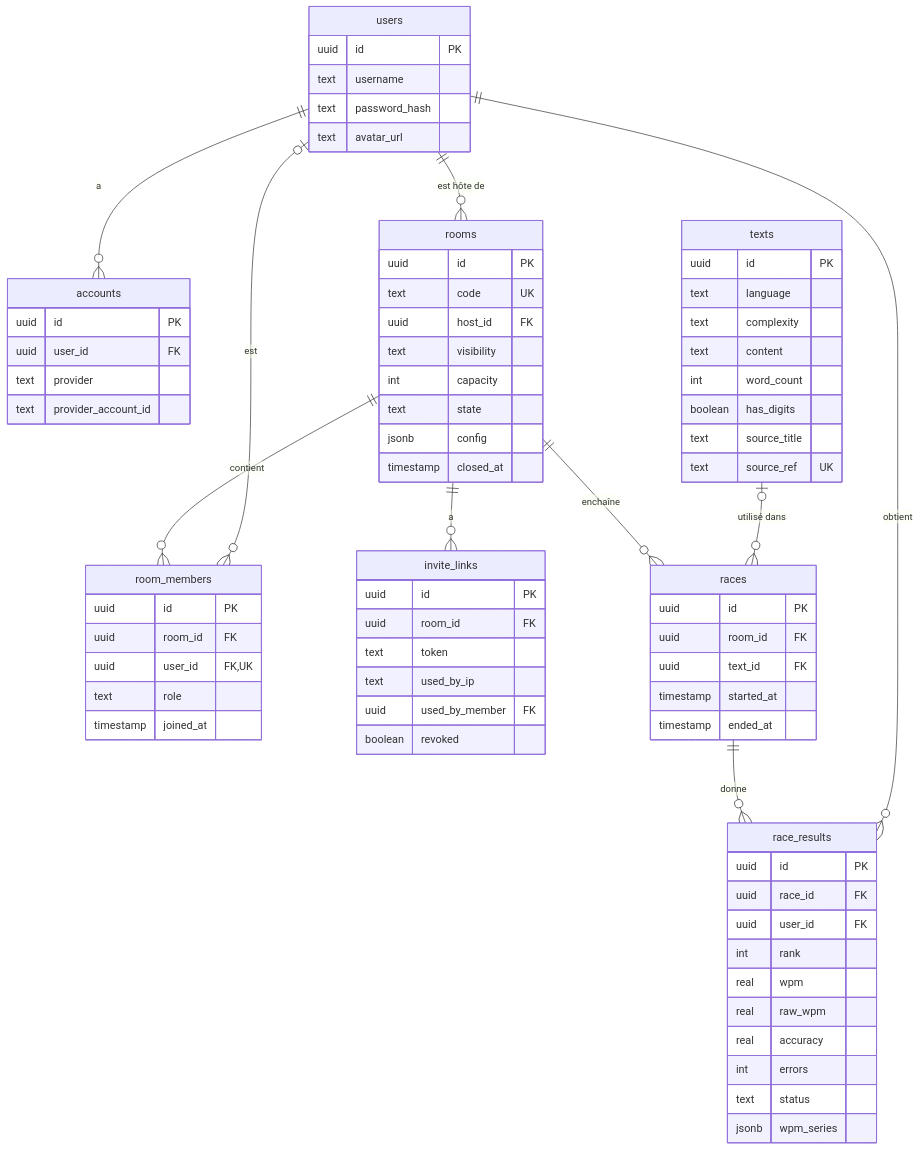
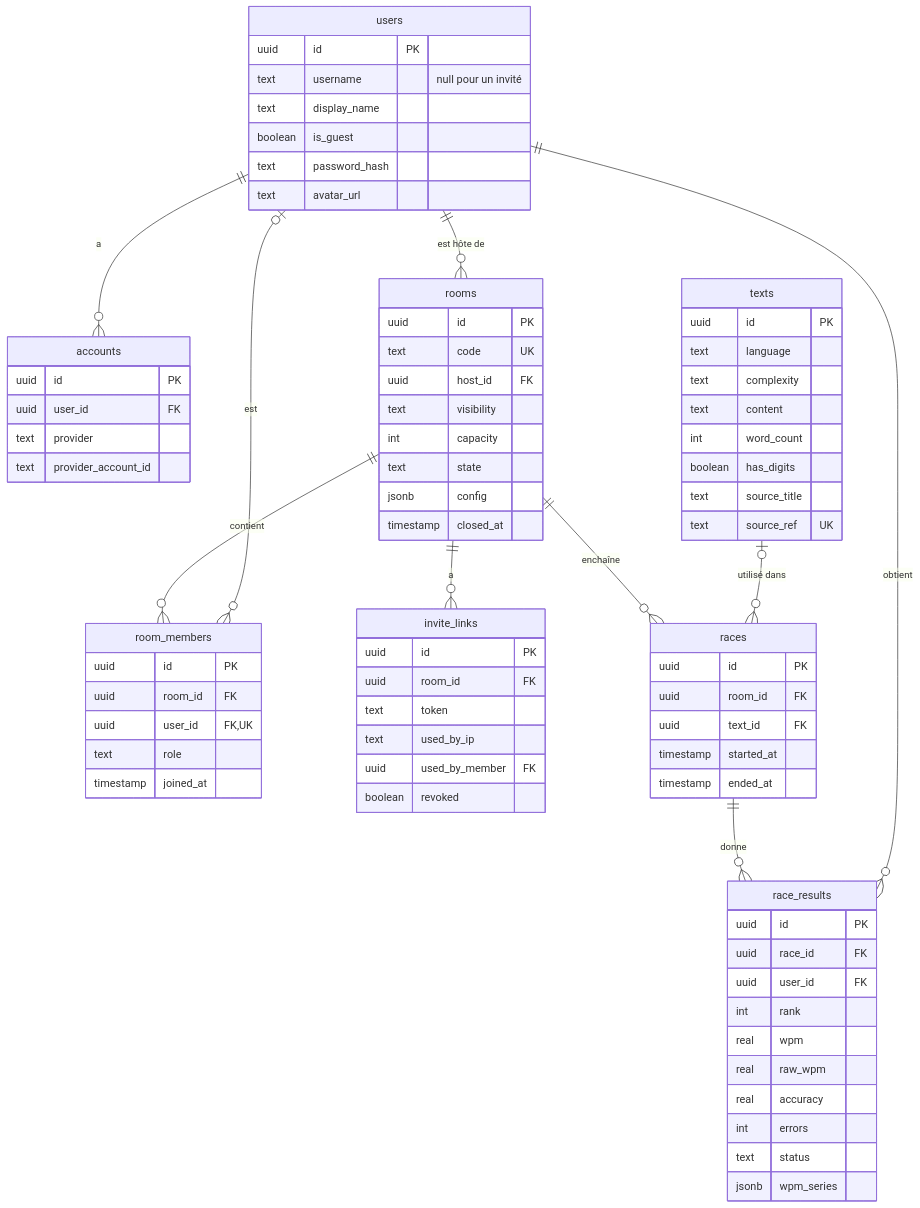
Before and after one commit to Onyyx256/typeracer: the first of 2 diagrams in docs/ARCHITECTURE.md, drawn with Mermaid. The commit also changed 4 other files, not shown here.

Commit message:
feat: guest users without username or password (AUTH-02)

````diff
--- a/docs/ARCHITECTURE.md
+++ b/docs/ARCHITECTURE.md
@@ -7,79 +7,81 @@
 ```mermaid
 erDiagram
     users ||--o{ accounts : "a"
     users ||--o{ rooms : "est hôte de"
     rooms ||--o{ room_members : "contient"
     users |o--o{ room_members : "est"
     rooms ||--o{ invite_links : "a"
     rooms ||--o{ races : "enchaîne"
     texts |o--o{ races : "utilisé dans"
     races ||--o{ race_results : "donne"
     users ||--o{ race_results : "obtient"
 
     users {
         uuid id PK
-        text username
+        text username "null pour un invité"
+        text display_name
+        boolean is_guest
         text password_hash
         text avatar_url
     }
     accounts {
         uuid id PK
         uuid user_id FK
         text provider
         text provider_account_id
     }
     rooms {
         uuid id PK
         text code UK
         uuid host_id FK
         text visibility
         int capacity
         text state
         jsonb config
         timestamp closed_at
     }
     room_members {
         uuid id PK
         uuid room_id FK
         uuid user_id FK,UK
         text role
         timestamp joined_at
     }
     invite_links {
         uuid id PK
         uuid room_id FK
         text token
         text used_by_ip
         uuid used_by_member FK
         boolean revoked
     }
     texts {
         uuid id PK
         text language
         text complexity
         text content
         int word_count
         boolean has_digits
         text source_title
         text source_ref UK
     }
     races {
         uuid id PK
         uuid room_id FK
         uuid text_id FK
         timestamp started_at
         timestamp ended_at
     }
     race_results {
         uuid id PK
         uuid race_id FK
         uuid user_id FK
         int rank
         real wpm
         real raw_wpm
         real accuracy
         int errors
         text status
         jsonb wpm_series
     }
 ```
````
